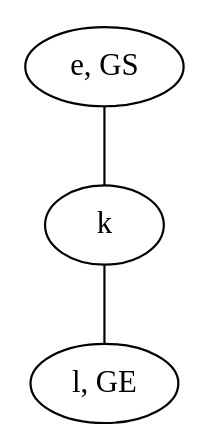
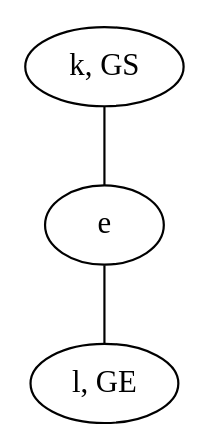
One commit to schrum2/MM-NEAT changed the diagram in data/VGLC/Zelda/rules/1/7_K-L.dot. Above: the diagram before and after it, drawn with Graphviz. The commit also changed 34 other files, not shown here.

```diff
--- a/data/VGLC/Zelda/rules/1/7_K-L.dot
+++ b/data/VGLC/Zelda/rules/1/7_K-L.dot
@@ -1,7 +1,7 @@
 graph {
-jPbB [label="e, GS"]
-DPNJ [label="l, GE"]
-uMqp [label="k"]
-jPbB -- uMqp
-uMqp -- DPNJ
+DYyT [label="k, GS"]
+iSSX [label="l, GE"]
+DbLl [label="e"]
+DYyT -- DbLl
+DbLl -- iSSX
 }
```
